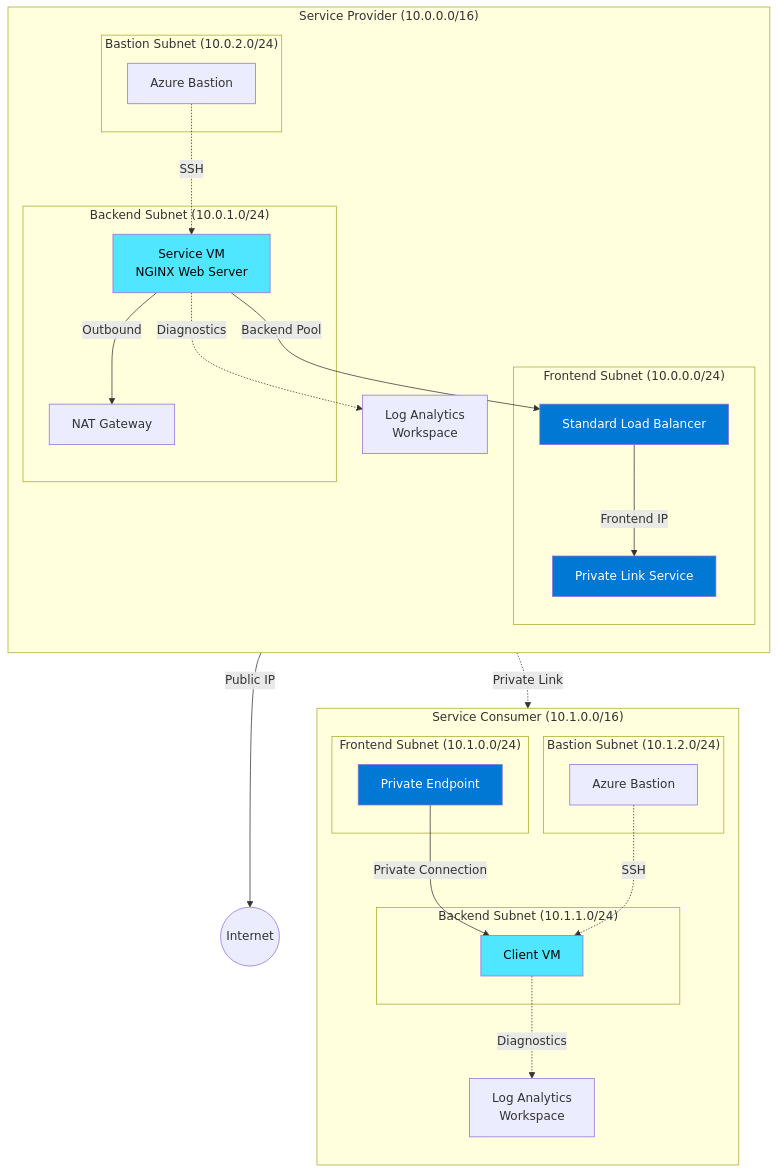
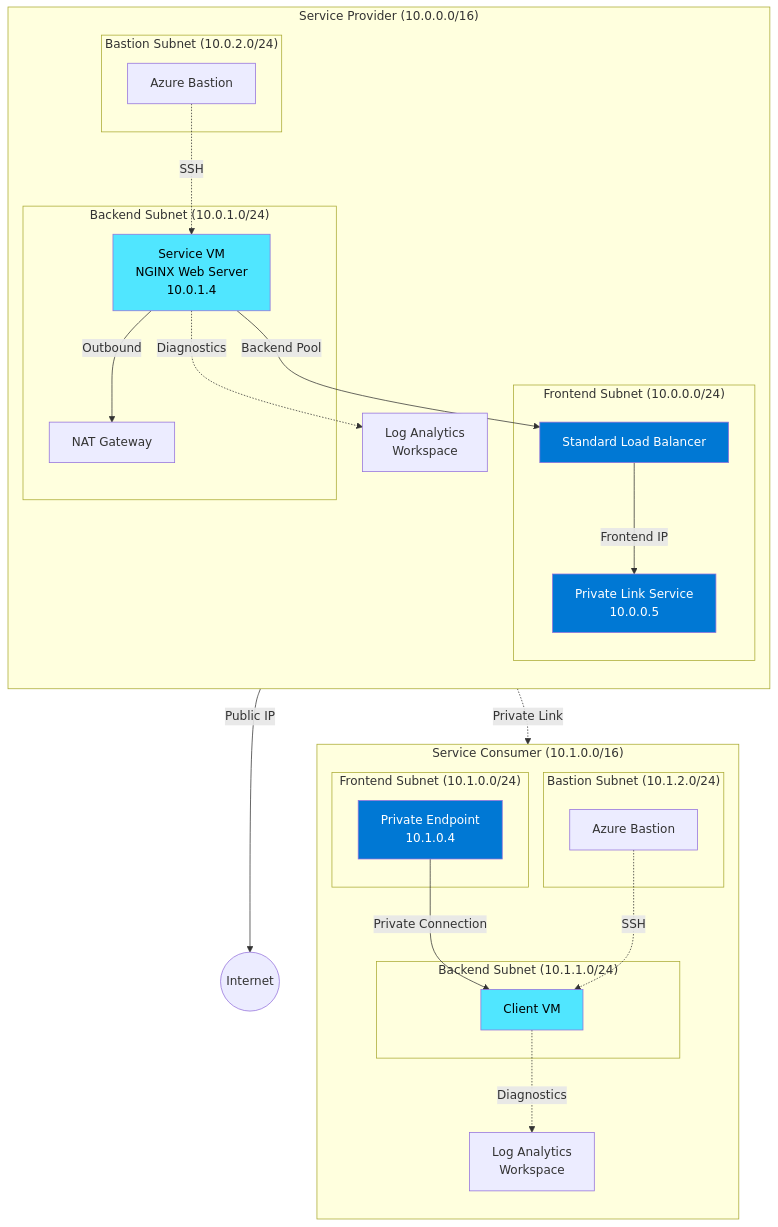
The diagram in README.md (da5is/azure-private-link-service), drawn with Mermaid before and after one commit.

Commit message:
added IPs back to the mermaid diagram

````diff
--- a/README.md
+++ b/README.md
@@ -37,51 +37,51 @@
 ```mermaid
 graph TB
     subgraph "Service Provider (10.0.0.0/16)"
         direction TB
         subgraph "Frontend Subnet (10.0.0.0/24)"
-            PLS[Private Link Service]
+            PLS[Private Link Service<br/>10.0.0.5]
             LB[Standard Load Balancer]
         end
         subgraph "Backend Subnet (10.0.1.0/24)"
-            ServiceVM[Service VM<br/>NGINX Web Server]
+            ServiceVM[Service VM<br/>NGINX Web Server<br/>10.0.1.4]
             NAT[NAT Gateway]
         end
         subgraph "Bastion Subnet (10.0.2.0/24)"
             ServiceBastion[Azure Bastion]
         end
         ServiceLogs[Log Analytics<br/>Workspace]
     end
     
     subgraph "Service Consumer (10.1.0.0/16)"
         direction TB
         subgraph "Frontend Subnet (10.1.0.0/24)"
-            PE[Private Endpoint]
+            PE[Private Endpoint<br/>10.1.0.4]
         end
         subgraph "Backend Subnet (10.1.1.0/24)"
             ClientVM[Client VM]
         end
         subgraph "Bastion Subnet (10.1.2.0/24)"
             ClientBastion[Azure Bastion]
         end
         ClientLogs[Log Analytics<br/>Workspace]
     end
     
     Internet((Internet))
     
     ServiceVM -->|Backend Pool| LB
     LB -->|Frontend IP| PLS
     PLS -.->|Private Link| PE
     PE -->|Private Connection| ClientVM
     ServiceVM -->|Outbound| NAT
     NAT -->|Public IP| Internet
     ServiceBastion -.->|SSH| ServiceVM
     ClientBastion -.->|SSH| ClientVM
     ServiceVM -.->|Diagnostics| ServiceLogs
     ClientVM -.->|Diagnostics| ClientLogs
     
     style PLS fill:#0078d4,color:#fff
     style PE fill:#0078d4,color:#fff
     style LB fill:#0078d4,color:#fff
     style ServiceVM fill:#50e6ff,color:#000
     style ClientVM fill:#50e6ff,color:#000
 ```
````
